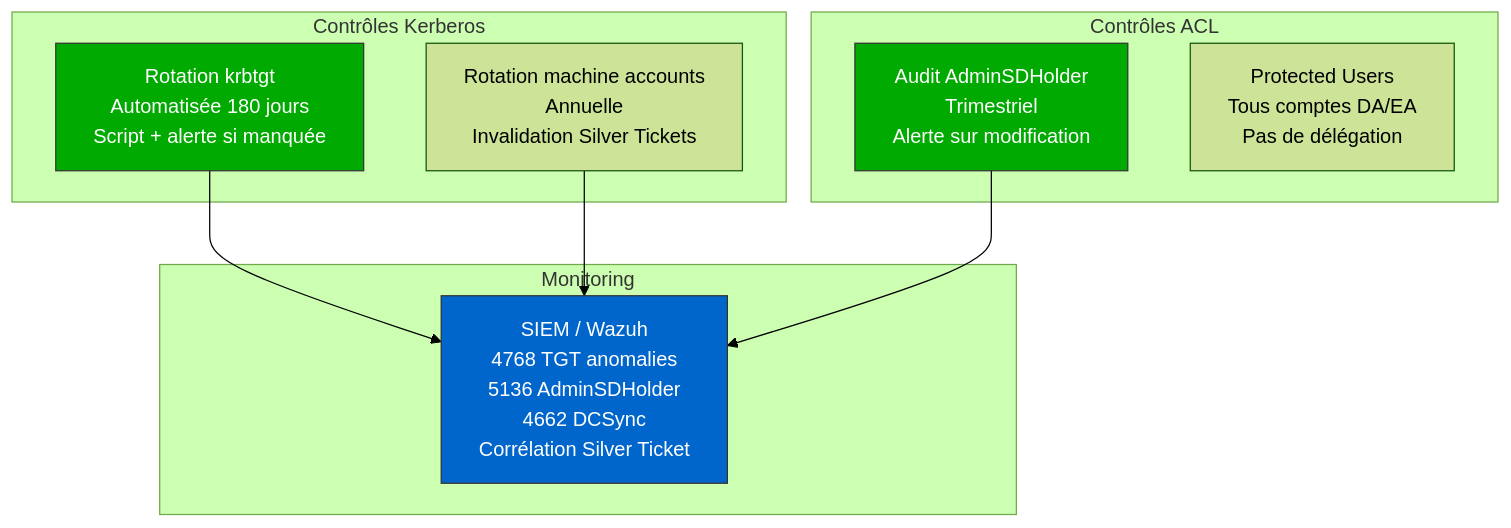
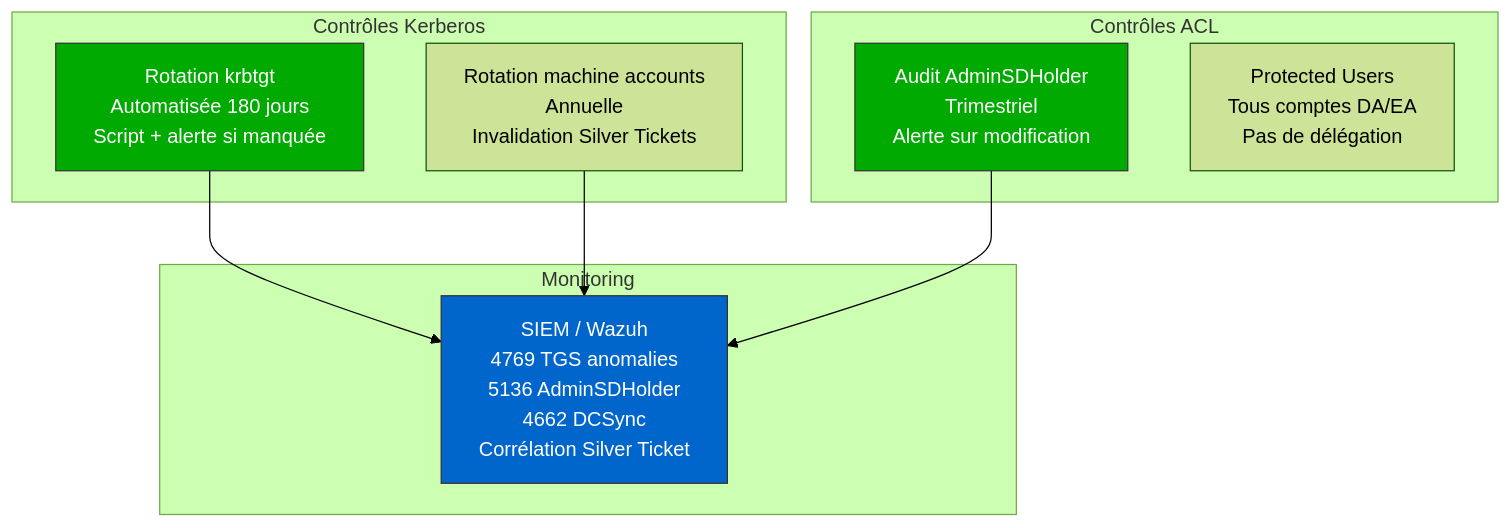
The third of 3 diagrams in docs/labs/ad-lab/SC-AD-009-domain-dominance.md (hikenroot/hikenroot-forge), drawn with Mermaid (forest theme) before and after one commit. The commit also changed other lines of this file and 12 other files, not shown here.

````diff
--- a/docs/labs/ad-lab/SC-AD-009-domain-dominance.md
+++ b/docs/labs/ad-lab/SC-AD-009-domain-dominance.md
@@ -581,24 +581,24 @@
 ```mermaid
 graph TB
     subgraph "Contrôles Kerberos"
         KRBTGT["Rotation krbtgt<br/>Automatisée 180 jours<br/>Script + alerte si manquée"]
         MACHINE["Rotation machine accounts<br/>Annuelle<br/>Invalidation Silver Tickets"]
     end
     
     subgraph "Contrôles ACL"
         ADMINSDHOLDER["Audit AdminSDHolder<br/>Trimestriel<br/>Alerte sur modification"]
         PROTECTED["Protected Users<br/>Tous comptes DA/EA<br/>Pas de délégation"]
     end
     
     subgraph "Monitoring"
-        SIEM["SIEM / Wazuh<br/>4768 TGT anomalies<br/>5136 AdminSDHolder<br/>4662 DCSync<br/>Corrélation Silver Ticket"]
+        SIEM["SIEM / Wazuh<br/>4769 TGS anomalies<br/>5136 AdminSDHolder<br/>4662 DCSync<br/>Corrélation Silver Ticket"]
     end
     
     KRBTGT --> SIEM
     MACHINE --> SIEM
     ADMINSDHOLDER --> SIEM
     
     style KRBTGT fill:#00aa00,stroke:#333,color:#fff
     style ADMINSDHOLDER fill:#00aa00,stroke:#333,color:#fff
     style SIEM fill:#0066cc,stroke:#333,color:#fff
 ```
````
